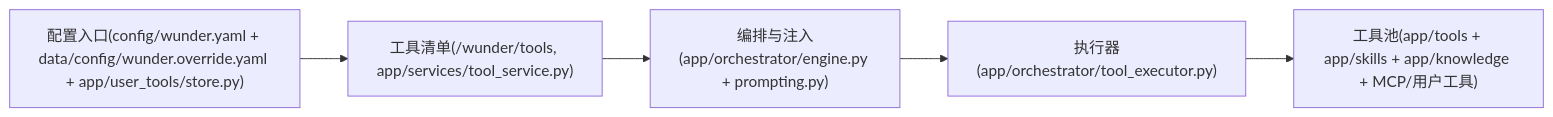
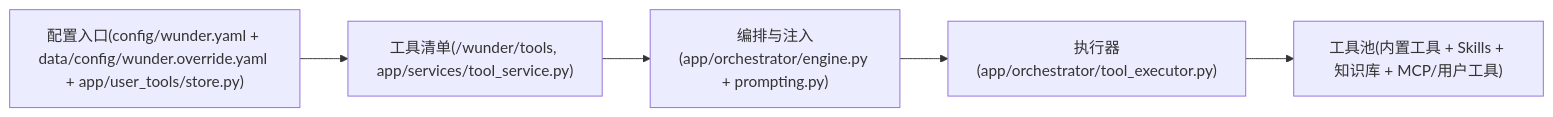
Before and after one commit to ylsdamxssjxxdd/wunder: the third of 5 diagrams in docs/系统介绍.md, drawn with Mermaid. The commit also changed other lines of this file and 68 other files, not shown here.

````diff
--- a/docs/系统介绍.md
+++ b/docs/系统介绍.md
@@ -128,7 +129,7 @@
 ```mermaid
 flowchart LR
   Config["配置入口(config/wunder.yaml + data/config/wunder.override.yaml + app/user_tools/store.py)"] --> Catalog["工具清单(/wunder/tools, app/services/tool_service.py)"]
   Catalog --> Orchestrator["编排与注入(app/orchestrator/engine.py + prompting.py)"]
   Orchestrator --> Exec["执行器(app/orchestrator/tool_executor.py)"]
-  Exec --> Pool["工具池(app/tools + app/skills + app/knowledge + MCP/用户工具)"]
+  Exec --> Pool["工具池(内置工具 + Skills + 知识库 + MCP/用户工具)"]
 ```
````
